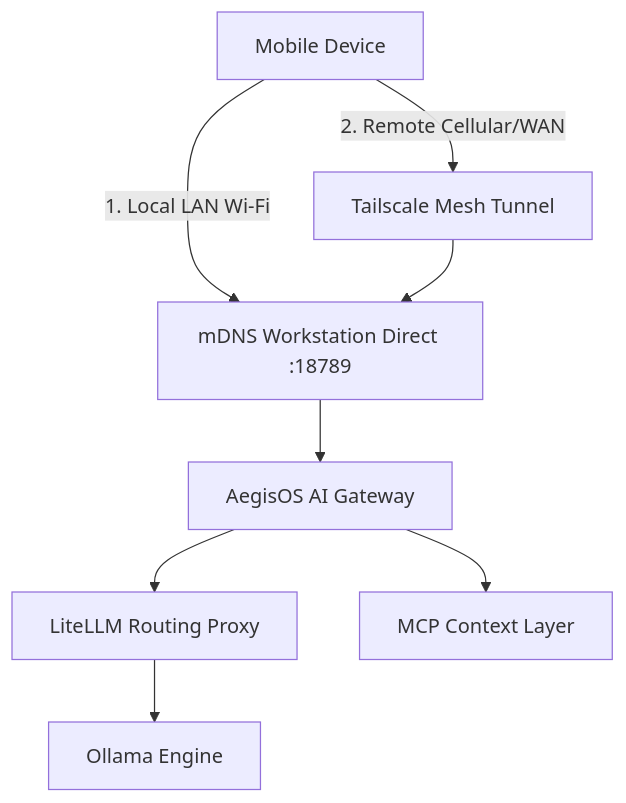
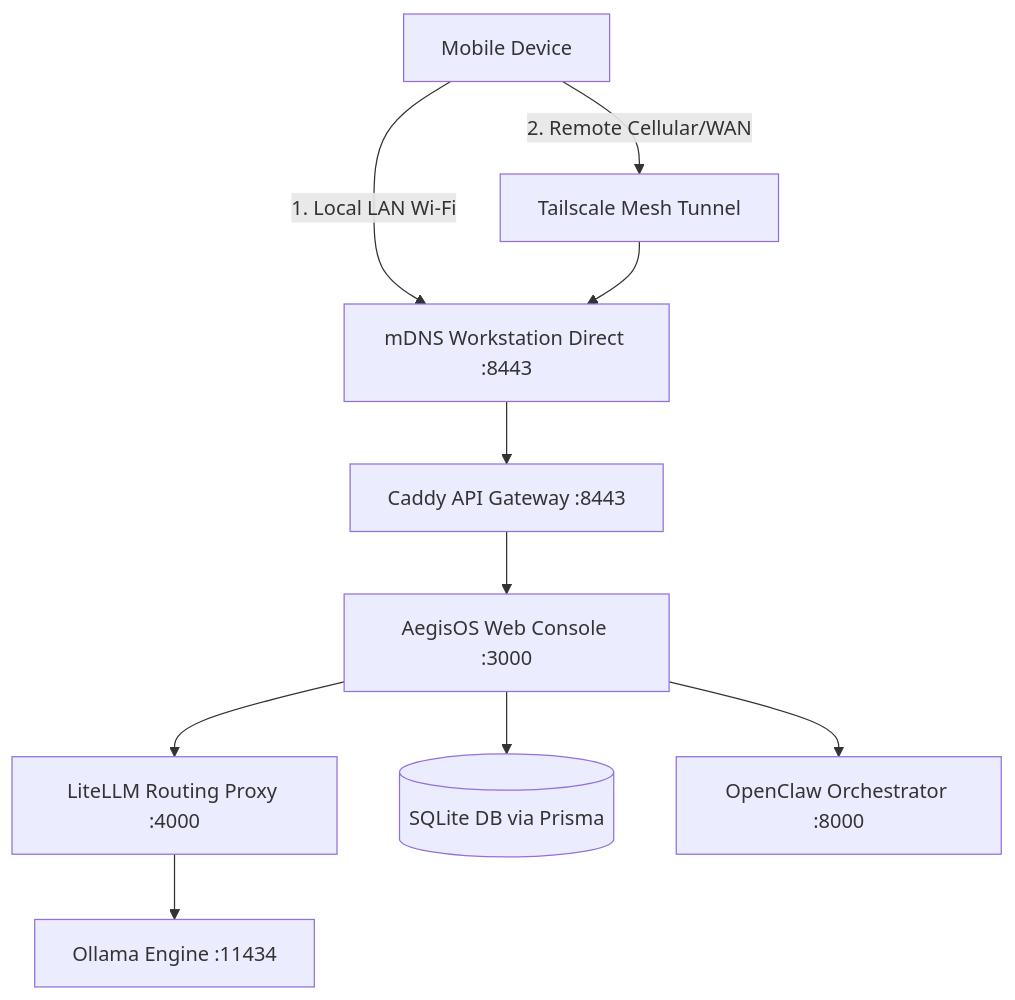
One commit to rjmad1/AegisOS changed the diagram in docs/mobile/PRD.md. Above: the diagram before and after it, drawn with Mermaid. The commit also changed other lines of this file and 105 other files, not shown here.

Commit message:
feat: implement Aegis mobile application core and backend mobile API integration including command, auth, and assistant control systems

````diff
--- a/docs/mobile/PRD.md
+++ b/docs/mobile/PRD.md
@@ -41,10 +104,12 @@
 ```mermaid
 graph TD
-    Device[Mobile Device] -->|1. Local LAN Wi-Fi| Direct[mDNS Workstation Direct :18789]
+    Device[Mobile Device] -->|1. Local LAN Wi-Fi| Direct[mDNS Workstation Direct :8443]
     Device -->|2. Remote Cellular/WAN| Tailscale[Tailscale Mesh Tunnel]
     Tailscale --> Direct
-    Direct --> AegisOS[AegisOS AI Gateway]
-    AegisOS --> LiteLLM[LiteLLM Routing Proxy]
-    AegisOS --> MCP[MCP Context Layer]
-    LiteLLM --> Ollama[Ollama Engine]
+    Direct --> Caddy[Caddy API Gateway :8443]
+    Caddy --> AegisOS[AegisOS Web Console :3000]
+    AegisOS --> LiteLLM[LiteLLM Routing Proxy :4000]
+    AegisOS --> DB[(SQLite DB via Prisma)]
+    LiteLLM --> Ollama[Ollama Engine :11434]
+    AegisOS --> OpenClaw[OpenClaw Orchestrator :8000]
 ```
````
